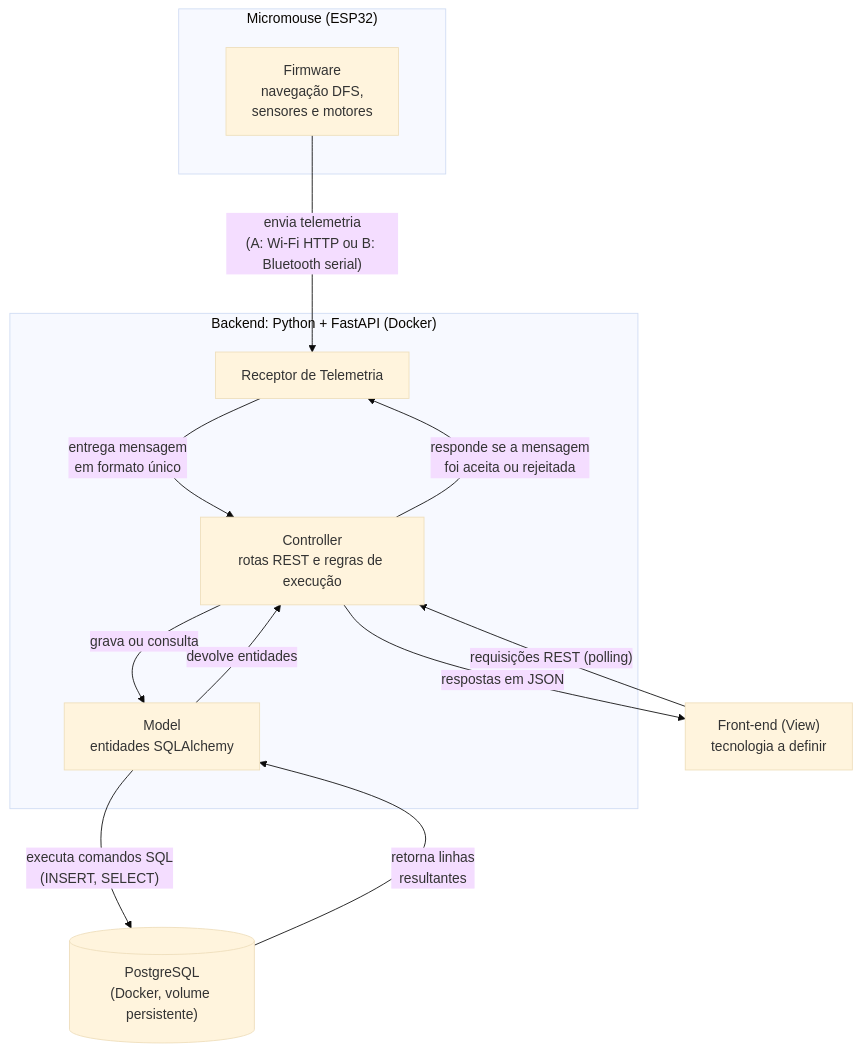
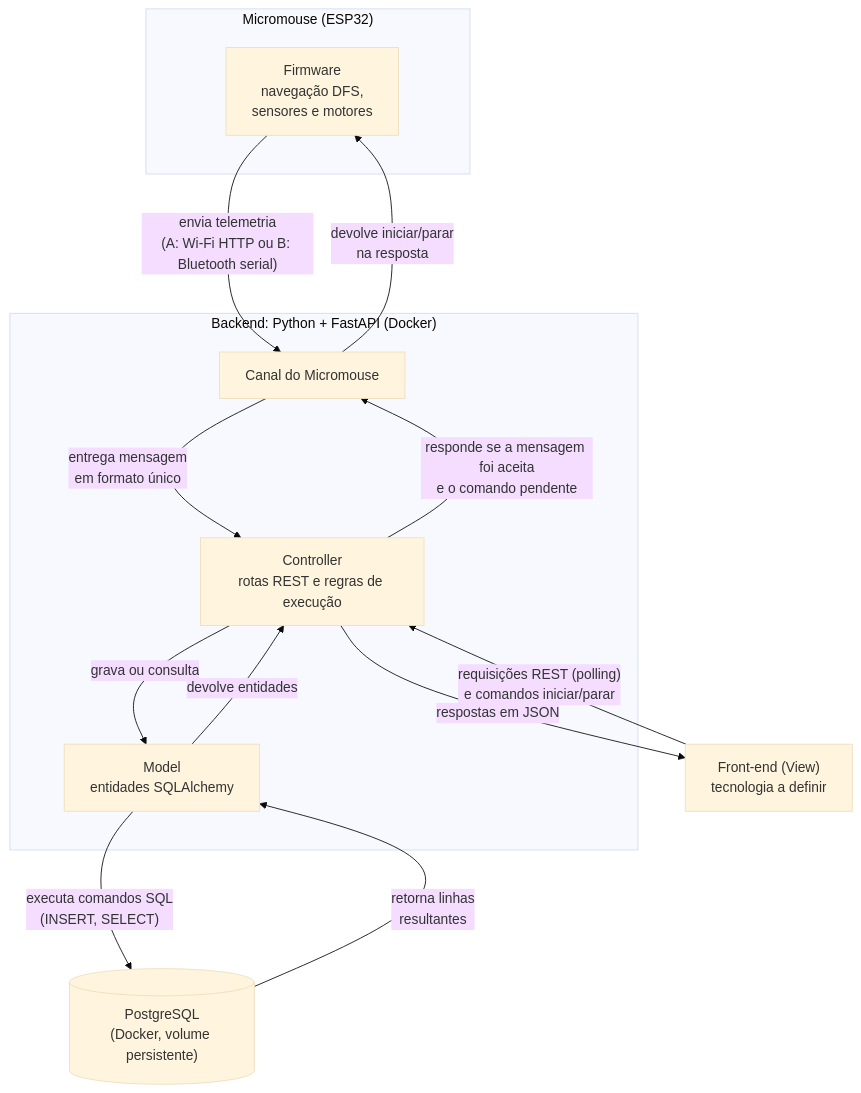
One commit to fcte-pi1/2026_2_PI1_Grupo01_Juliana changed the diagram in docs/4.4 - Projeto conceitual de software.md. Above: the diagram before and after it, drawn with Mermaid (base theme). The commit also changed other lines of this file, not shown here.

Commit message:
docs: incluir comandos de iniciar e parar no diagrama de alto nível

````diff
--- a/docs/4.4 - Projeto conceitual de software.md
+++ b/docs/4.4 - Projeto conceitual de software.md
@@ -185,26 +185,27 @@
 ```mermaid
 %%{init: {"flowchart": {"nodeSpacing": 90, "rankSpacing": 90}}}%%
 flowchart TB
     subgraph ROBO["Micromouse (ESP32)"]
         FW["Firmware<br/>navegação DFS,<br/>sensores e motores"]
     end
 
     subgraph BACK["Backend: Python + FastAPI (Docker)"]
-        RT["Receptor de Telemetria"]
+        RT["Canal do Micromouse"]
         CT["Controller<br/>rotas REST e regras de execução"]
         MD["Model<br/>entidades SQLAlchemy"]
     end
 
     DB[("PostgreSQL<br/>(Docker, volume persistente)")]
     FE["Front-end (View)<br/>tecnologia a definir"]
 
-    FE -- "requisições REST (polling)" --> CT
+    FE -- "requisições REST (polling)<br/>e comandos iniciar/parar" --> CT
     CT -- "respostas em JSON" --> FE
     FW -- "envia telemetria<br/>(A: Wi-Fi HTTP ou B: Bluetooth serial)" --> RT
     RT -- "entrega mensagem<br/>em formato único" --> CT
-    CT -- "responde se a mensagem<br/>foi aceita ou rejeitada" --> RT
+    CT -- "responde se a mensagem foi aceita<br/>e o comando pendente" --> RT
+    RT -- "devolve iniciar/parar<br/>na resposta" --> FW
     CT -- "grava ou consulta" --> MD
     MD -- "devolve entidades" --> CT
     MD -- "executa comandos SQL<br/>(INSERT, SELECT)" --> DB
     DB -- "retorna linhas<br/>resultantes" --> MD
 ```
````
